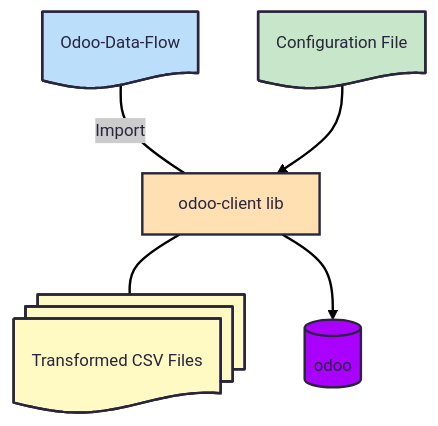
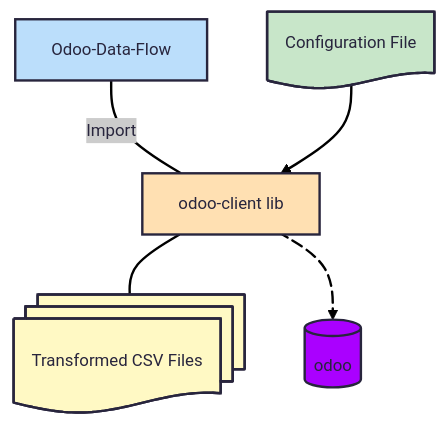
Before and after one commit to OdooDataFlow/odoo-data-flow: the second of 5 diagrams in docs/core_concepts.md, drawn with Mermaid. The commit also changed other lines of this file and 13 other files, not shown here.

````diff
--- a/docs/core_concepts.md
+++ b/docs/core_concepts.md
@@ -34,21 +34,22 @@
 ```{mermaid}
 ---
 config:
   theme: redux
 ---
 flowchart TD
     A["Odoo-Data-Flow"] -- Import --- B["odoo-client lib"]
     B --- C["Transformed CSV Files"]
-    B --> D["odoo"]
+    B L_B_D_0@--> D["odoo"]
     n1["Configuration File"] --> B
-    A@{ shape: doc}
+    A@{ shape: proc}
     B@{ shape: proc}
     C@{ shape: docs}
     D@{ shape: cyl}
     n1@{ shape: doc}
     style A fill:#BBDEFB
     style B fill:#FFE0B2
     style C fill:#FFF9C4
     style D fill:#AA00FF
     style n1 fill:#C8E6C9
+    L_B_D_0@{ animation: slow }
 ```
````
